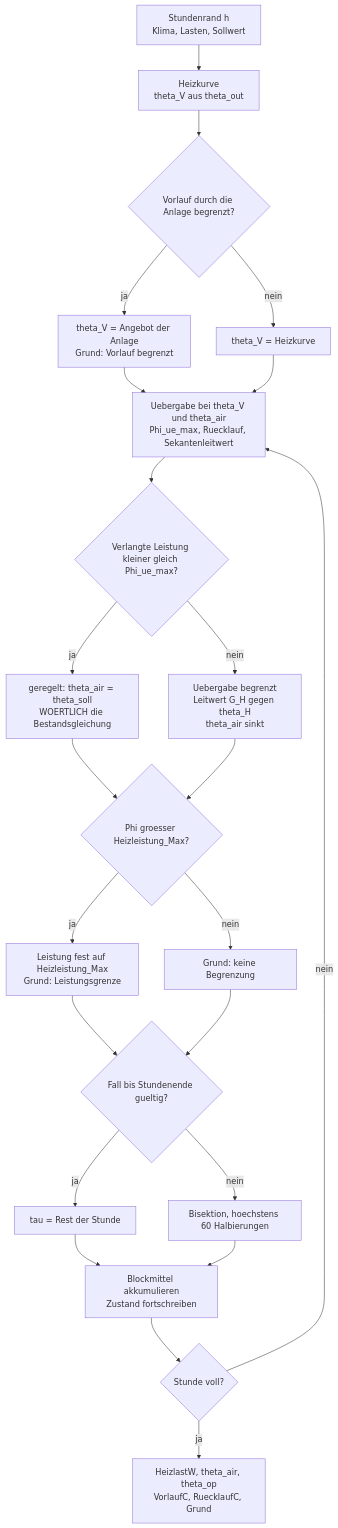
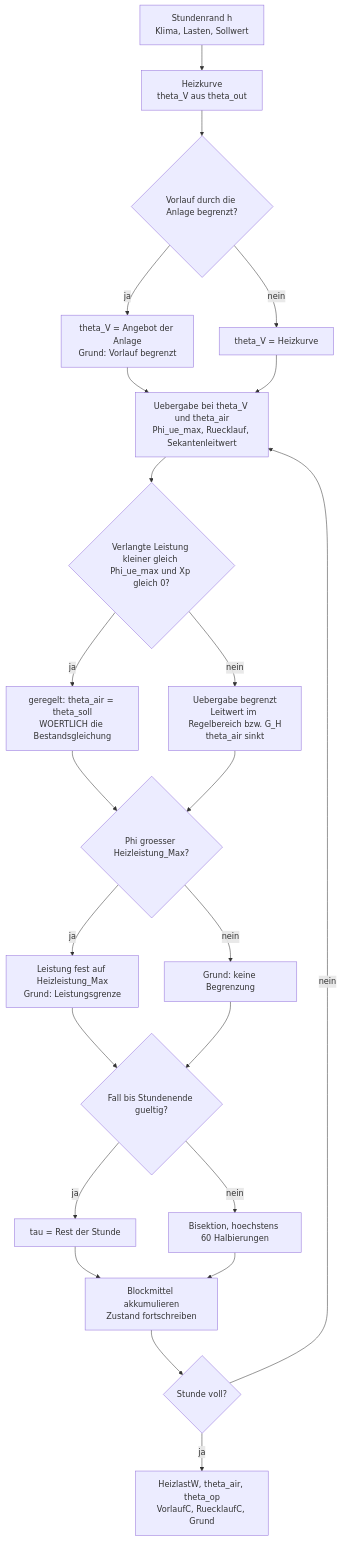
Before and after one commit to inekon/EPOS-Plan: the first of 4 diagrams in Dokumentation/aktuell/Konzept_Anlagenkopplung_Gebaeudesimulation_EPOS-Plan.md, drawn with Mermaid. The commit also changed other lines of this file and 15 other files, not shown here.

````diff
--- a/Dokumentation/aktuell/Konzept_Anlagenkopplung_Gebaeudesimulation_EPOS-Plan.md
+++ b/Dokumentation/aktuell/Konzept_Anlagenkopplung_Gebaeudesimulation_EPOS-Plan.md
@@ -751,25 +816,25 @@
 ```mermaid
 flowchart TD
     E["Stundenrand h<br/>Klima, Lasten, Sollwert"] --> HK["Heizkurve<br/>theta_V aus theta_out"]
     HK --> VG{"Vorlauf durch die Anlage begrenzt?"}
     VG -->|ja| VB["theta_V = Angebot der Anlage<br/>Grund: Vorlauf begrenzt"]
     VG -->|nein| VF["theta_V = Heizkurve"]
     VB --> UE
     VF --> UE["Uebergabe bei theta_V und theta_air<br/>Phi_ue_max, Ruecklauf, Sekantenleitwert"]
-    UE --> R{"Verlangte Leistung kleiner gleich Phi_ue_max?"}
+    UE --> R{"Verlangte Leistung kleiner gleich Phi_ue_max und Xp gleich 0?"}
     R -->|ja| GE["geregelt: theta_air = theta_soll<br/>WOERTLICH die Bestandsgleichung"]
-    R -->|nein| BG["Uebergabe begrenzt<br/>Leitwert G_H gegen theta_H<br/>theta_air sinkt"]
+    R -->|nein| BG["Uebergabe begrenzt<br/>Leitwert im Regelbereich bzw. G_H<br/>theta_air sinkt"]
     GE --> LM{"Phi groesser Heizleistung_Max?"}
     BG --> LM
     LM -->|ja| LG["Leistung fest auf Heizleistung_Max<br/>Grund: Leistungsgrenze"]
     LM -->|nein| OK["Grund: keine Begrenzung"]
     LG --> V{"Fall bis Stundenende gueltig?"}
     OK --> V
     V -->|ja| T["tau = Rest der Stunde"]
     V -->|nein| B["Bisektion, hoechstens 60 Halbierungen"]
     T --> A["Blockmittel akkumulieren<br/>Zustand fortschreiben"]
     B --> A
     A --> W{"Stunde voll?"}
     W -->|nein| UE
     W -->|ja| S["HeizlastW, theta_air, theta_op<br/>VorlaufC, RuecklaufC, Grund"]
 ```
````
